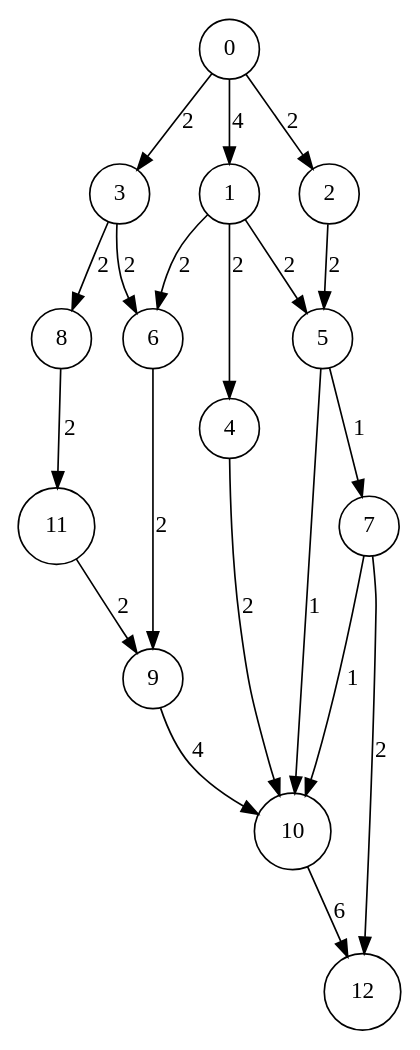
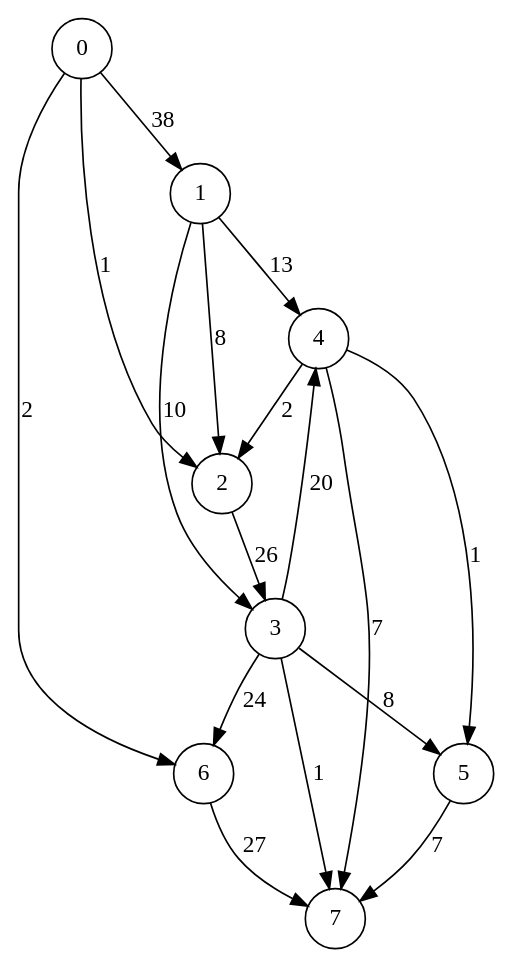
The diagram in graph2.dot (Anthony97480/ocaml-maxflow-project), drawn with Graphviz before and after one commit. The commit also changed 5 other files, not shown here.

```diff
--- a/graph2.dot
+++ b/graph2.dot
@@ -1,22 +1,19 @@
 digraph mongraph {
 node [shape = circle];
-7 -> 10 [label = "1"];
-7 -> 12 [label = "2"];
-5 -> 7 [label = "1"];
-5 -> 10 [label = "1"];
-9 -> 10 [label = "4"];
-11 -> 9 [label = "2"];
-8 -> 11 [label = "2"];
-6 -> 9 [label = "2"];
-3 -> 8 [label = "2"];
-3 -> 6 [label = "2"];
-10 -> 12 [label = "6"];
-2 -> 5 [label = "2"];
-4 -> 10 [label = "2"];
-1 -> 5 [label = "2"];
-1 -> 6 [label = "2"];
-1 -> 4 [label = "2"];
-0 -> 1 [label = "4"];
-0 -> 2 [label = "2"];
-0 -> 3 [label = "2"];
+4 -> 2 [label = "2"];
+4 -> 7 [label = "7"];
+4 -> 5 [label = "1"];
+0 -> 6 [label = "2"];
+0 -> 1 [label = "38"];
+0 -> 2 [label = "1"];
+3 -> 6 [label = "24"];
+3 -> 7 [label = "1"];
+3 -> 4 [label = "20"];
+3 -> 5 [label = "8"];
+6 -> 7 [label = "27"];
+5 -> 7 [label = "7"];
+1 -> 2 [label = "8"];
+1 -> 3 [label = "10"];
+1 -> 4 [label = "13"];
+2 -> 3 [label = "26"];
 }
```
